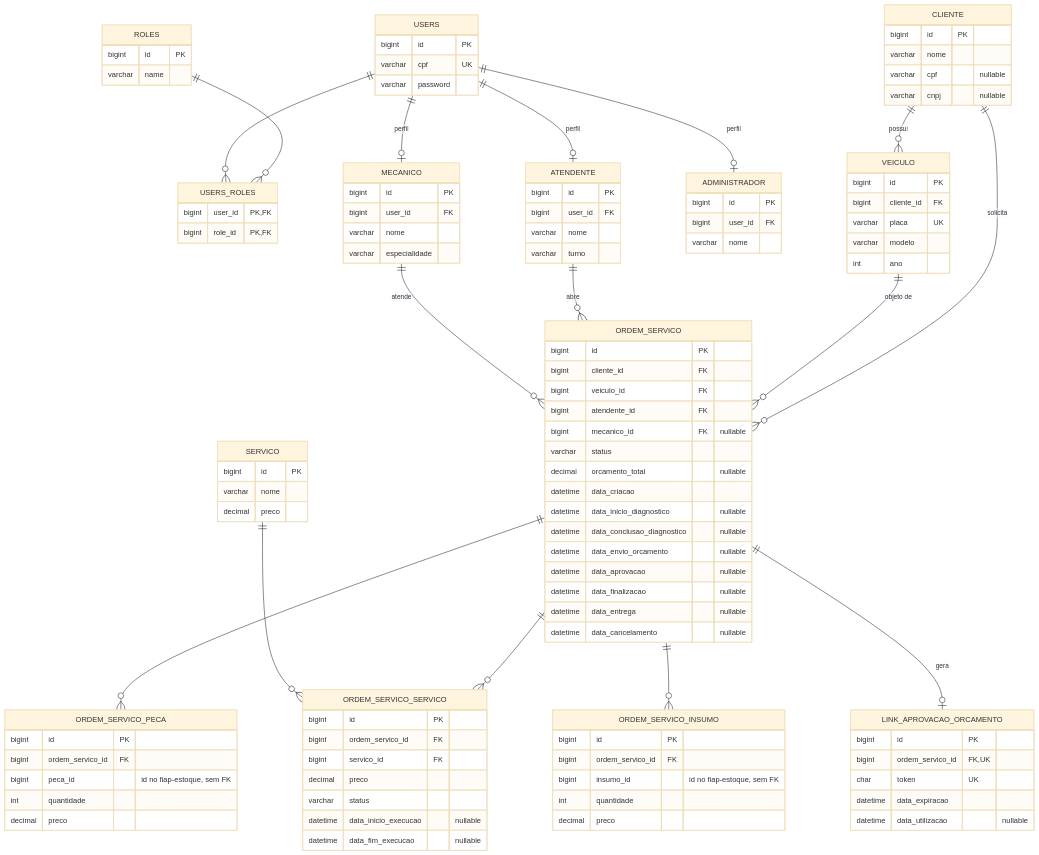
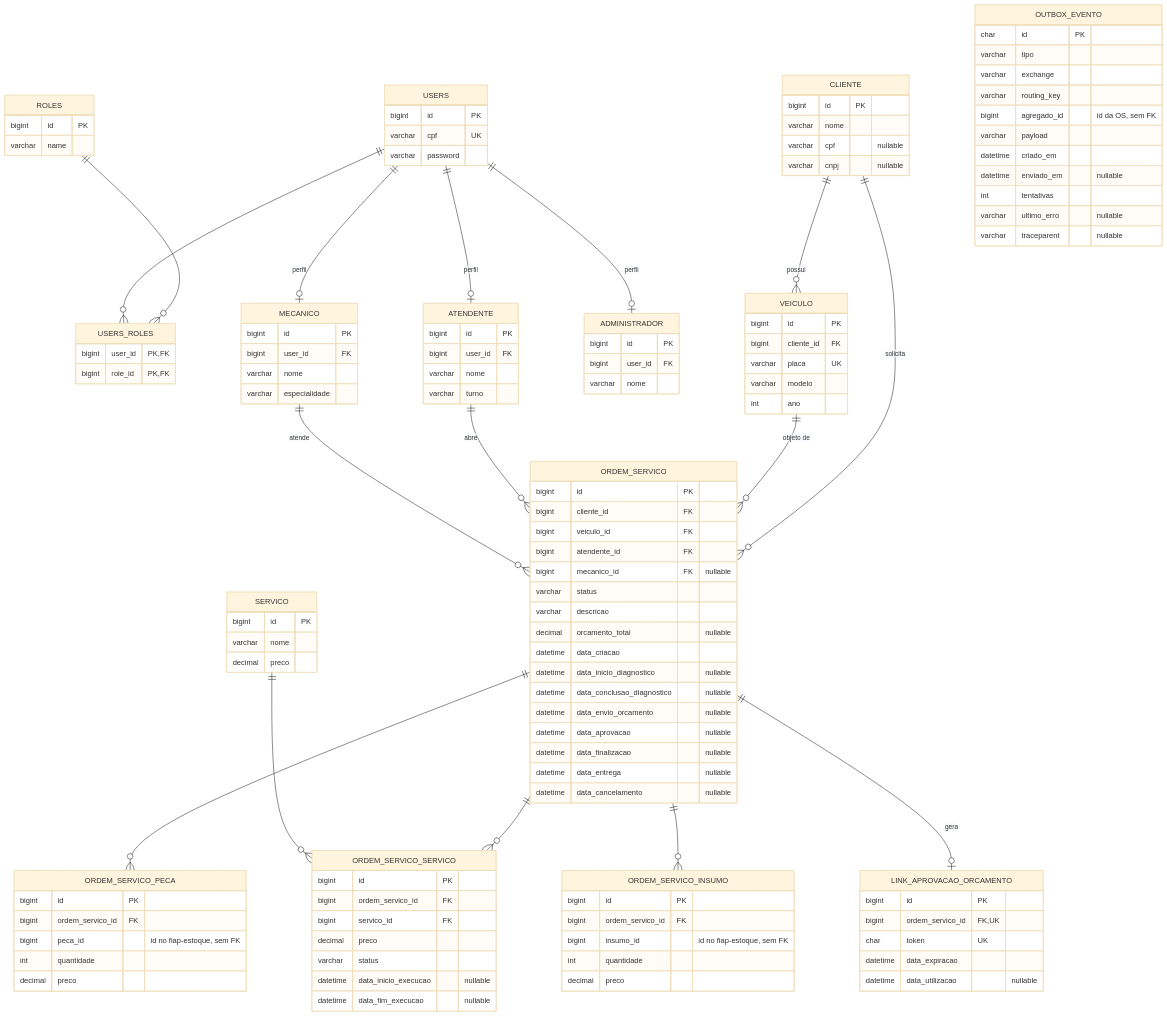
The diagram in docs/banco-de-dados.md (ArthurPeruzzo/fiap-mecanica), drawn with Mermaid (base theme) before and after one commit. The commit also changed other lines of this file and 9 other files, not shown here.

````diff
--- a/docs/banco-de-dados.md
+++ b/docs/banco-de-dados.md
@@ -112,6 +113,7 @@
         bigint atendente_id FK
         bigint mecanico_id FK "nullable"
         varchar status
+        varchar descricao
         decimal orcamento_total "nullable"
         datetime data_criacao
         datetime data_inicio_diagnostico "nullable"
@@ -152,4 +154,17 @@
         datetime data_expiracao
         datetime data_utilizacao "nullable"
     }
+    OUTBOX_EVENTO {
+        char id PK
+        varchar tipo
+        varchar exchange
+        varchar routing_key
+        bigint agregado_id "id da OS, sem FK"
+        varchar payload
+        datetime criado_em
+        datetime enviado_em "nullable"
+        int tentativas
+        varchar ultimo_erro "nullable"
+        varchar traceparent "nullable"
+    }
 ```
````
